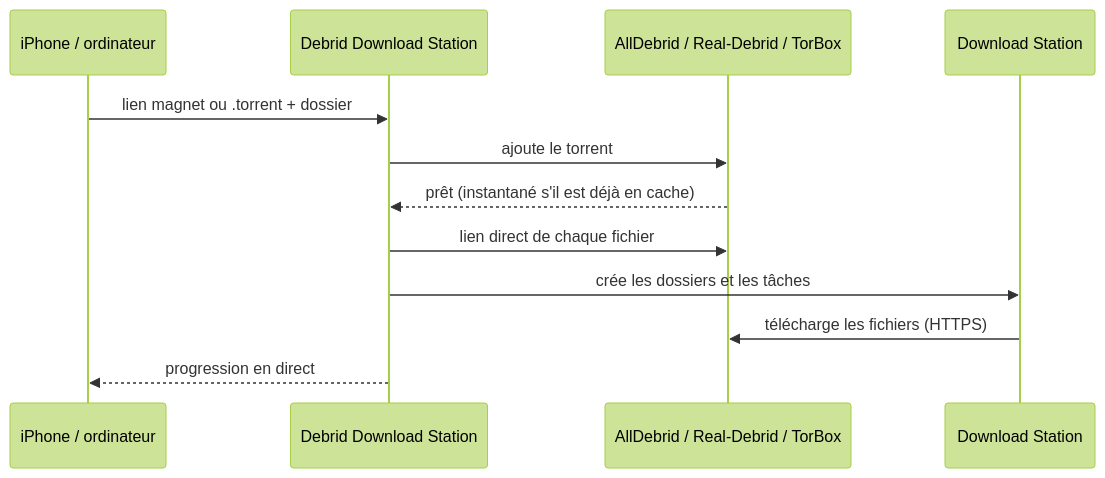
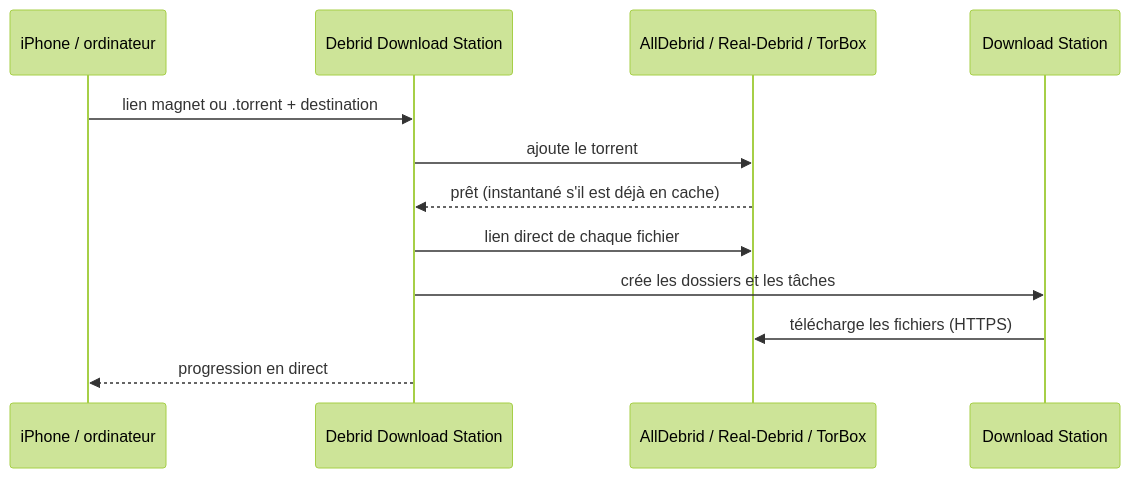
The diagram in README.md (piitaya/debrid-download-station), drawn with Mermaid (forest theme) before and after one commit. The commit also changed other lines of this file and 32 other files, not shown here.

````diff
--- a/README.md
+++ b/README.md
@@ -56,14 +57,14 @@
 ```mermaid
 sequenceDiagram
-    participant Toi as iPhone / ordinateur
+    participant Vous as iPhone / ordinateur
     participant App as Debrid Download Station
     participant Debrid as AllDebrid / Real-Debrid / TorBox
     participant DS as Download Station
-    Toi->>App: lien magnet ou .torrent + dossier
+    Vous->>App: lien magnet ou .torrent + destination
     App->>Debrid: ajoute le torrent
     Debrid-->>App: prêt (instantané s'il est déjà en cache)
     App->>Debrid: lien direct de chaque fichier
     App->>DS: crée les dossiers et les tâches
     DS->>Debrid: télécharge les fichiers (HTTPS)
-    App-->>Toi: progression en direct
+    App-->>Vous: progression en direct
 ```
````
